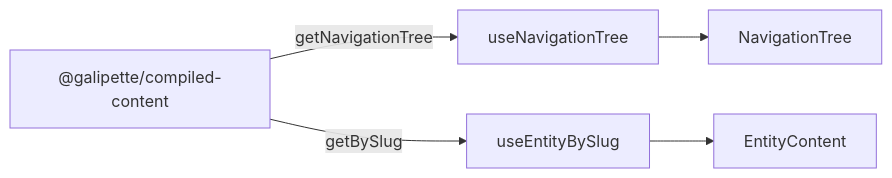
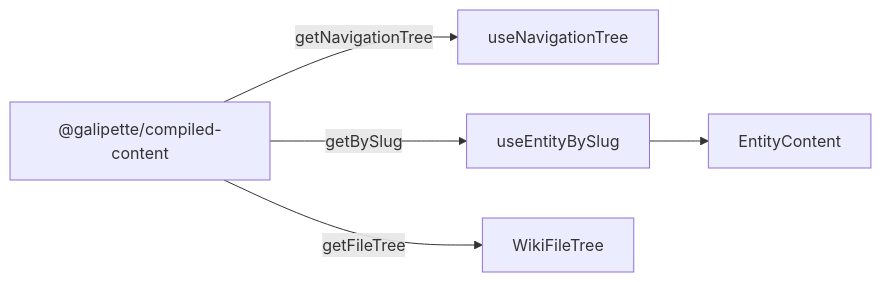
Before and after one commit to QuentinLemasson/galipette-app: the diagram in apps/web/README.md, drawn with Mermaid. The commit also changed other lines of this file and 33 other files, not shown here.

````diff
--- a/apps/web/README.md
+++ b/apps/web/README.md
@@ -85,10 +83,11 @@
 ```mermaid
 flowchart LR
   CC["@galipette/compiled-content"]
   H1["useNavigationTree"]
   H2["useEntityBySlug"]
-  NT["NavigationTree"]
+  WFT["WikiFileTree"]
   EC["EntityContent"]
-  CC -->|getNavigationTree| H1 --> NT
+  CC -->|getNavigationTree| H1
+  CC -->|getFileTree| WFT
   CC -->|getBySlug| H2 --> EC
 ```
````
